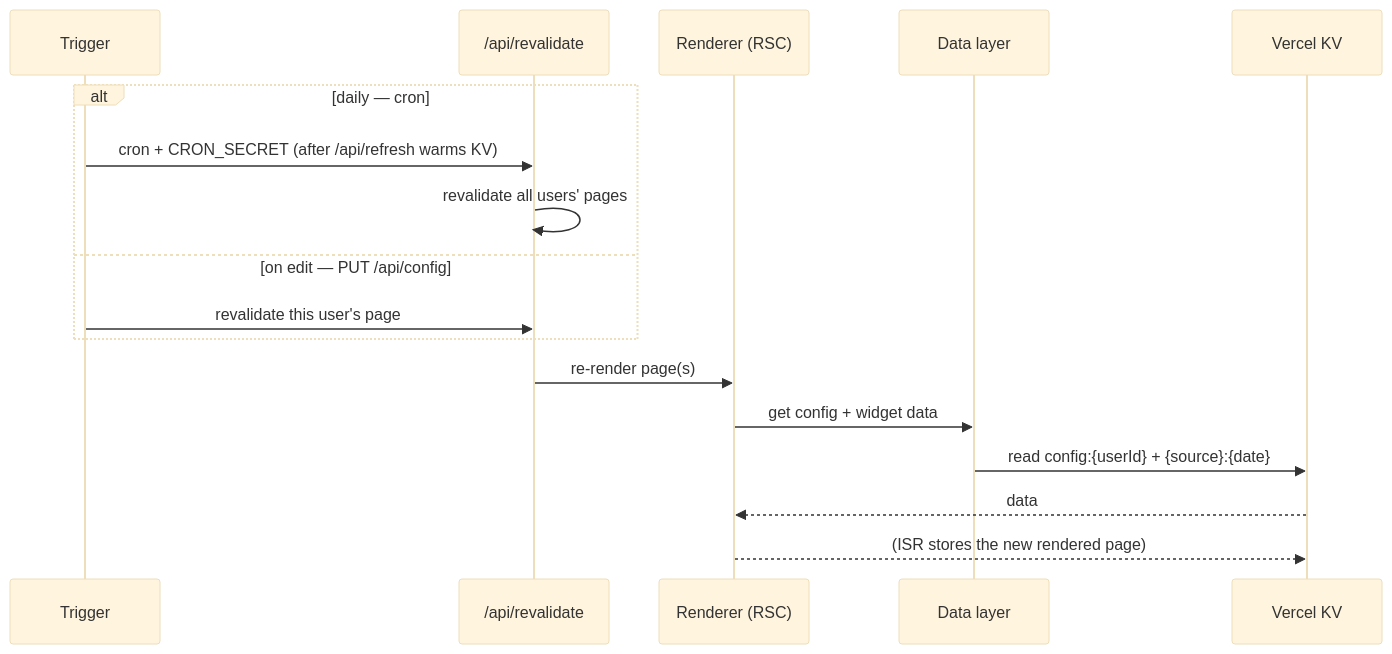
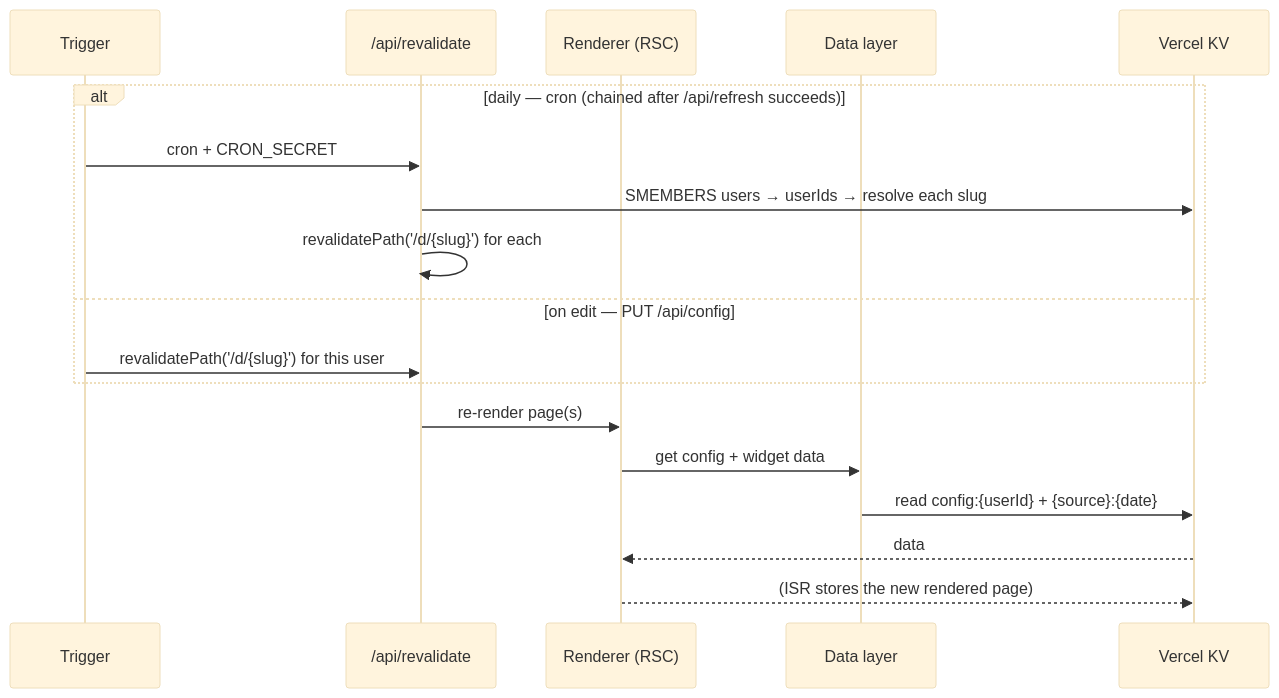
One commit to vedanta/frontdoor changed the fifth of 7 diagrams in docs/architecture.md. Above: the diagram before and after it, drawn with Mermaid (base theme). The commit also changed other lines of this file, not shown here.

First line of the commit message:
Architecture validation pass: resolve per-user ISR addressing, fix gaps

````diff
--- a/docs/architecture.md
+++ b/docs/architecture.md
@@ -210,20 +225,21 @@
 ```mermaid
 sequenceDiagram
     participant T as Trigger
     participant RV as /api/revalidate
     participant R as Renderer (RSC)
     participant DL as Data layer
     participant KV as Vercel KV
 
-    alt daily — cron
-        T->>RV: cron + CRON_SECRET (after /api/refresh warms KV)
-        RV->>RV: revalidate all users' pages
+    alt daily — cron (chained after /api/refresh succeeds)
+        T->>RV: cron + CRON_SECRET
+        RV->>KV: SMEMBERS users → userIds → resolve each slug
+        RV->>RV: revalidatePath('/d/{slug}') for each
     else on edit — PUT /api/config
-        T->>RV: revalidate this user's page
+        T->>RV: revalidatePath('/d/{slug}') for this user
     end
     RV->>R: re-render page(s)
     R->>DL: get config + widget data
     DL->>KV: read config:{userId} + {source}:{date}
     KV-->>R: data
     R-->>KV: (ISR stores the new rendered page)
 ```
````
